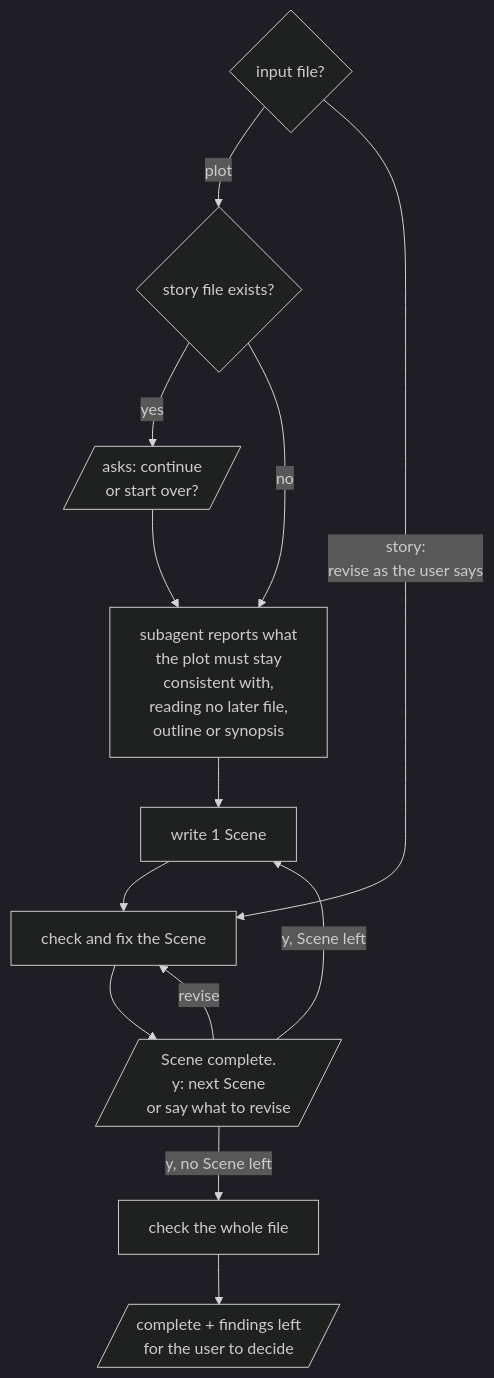
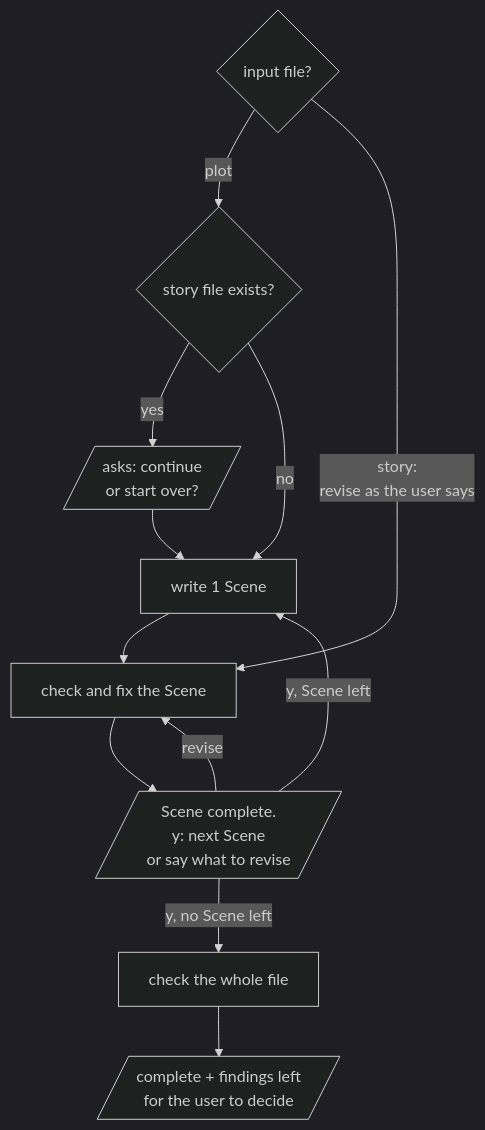
Before and after one commit to omni-stove/skill-kit: the diagram in domains/story/skills/write/README.md, drawn with Mermaid (dark theme). The commit also changed other lines of this file and 112 other files, not shown here.

````diff
--- a/domains/story/skills/write/README.md
+++ b/domains/story/skills/write/README.md
@@ -7,16 +3,15 @@
 ```mermaid
 flowchart TD
   input{input file?}
   input -- "plot" --> exists{story file exists?}
   exists -- "yes" --> ask[/asks: continue<br/>or start over?/]
-  exists -- "no" --> agent
-  ask --> agent[subagent reports what<br/>the plot must stay<br/>consistent with,<br/>reading no later file,<br/>outline or synopsis]
-  agent --> write[write 1 Scene]
+  exists -- "no" --> write
+  ask --> write[write 1 Scene]
   write --> check[check and fix the Scene]
   check --> reply[/"Scene complete.<br/>y: next Scene<br/>or say what to revise"/]
   reply -- "y, Scene left" --> write
   reply -- "y, no Scene left" --> final[check the whole file]
   final --> done[/"complete + findings left<br/>for the user to decide"/]
   reply -- "revise" --> check
   input -- "story:<br/>revise as the user says" --> check
 ```
````
